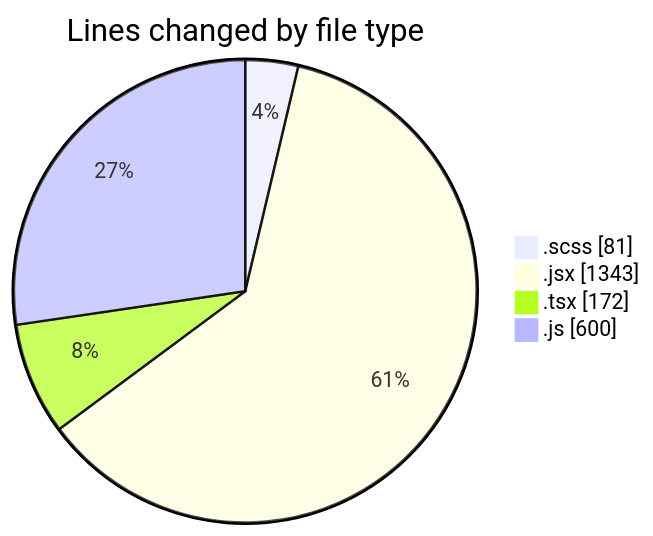
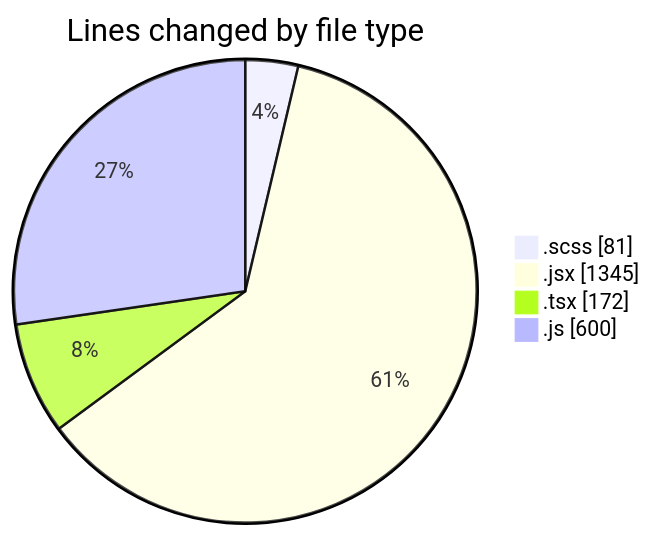
One commit to momahboobian/code-tracking changed the first of 2 diagrams in 2025-06-03/cda/README.md. Above: the diagram before and after it, drawn with Mermaid. The commit also changed other lines of this file and 1 other file, not shown here.

````diff
--- a/2025-06-03/cda/README.md
+++ b/2025-06-03/cda/README.md
@@ -25,8 +25,8 @@
 ```mermaid
 pie showData
 title Lines changed by file type
 ".scss" : 81
-".jsx" : 1343
+".jsx" : 1345
 ".tsx" : 172
 ".js" : 600
 ```
````
